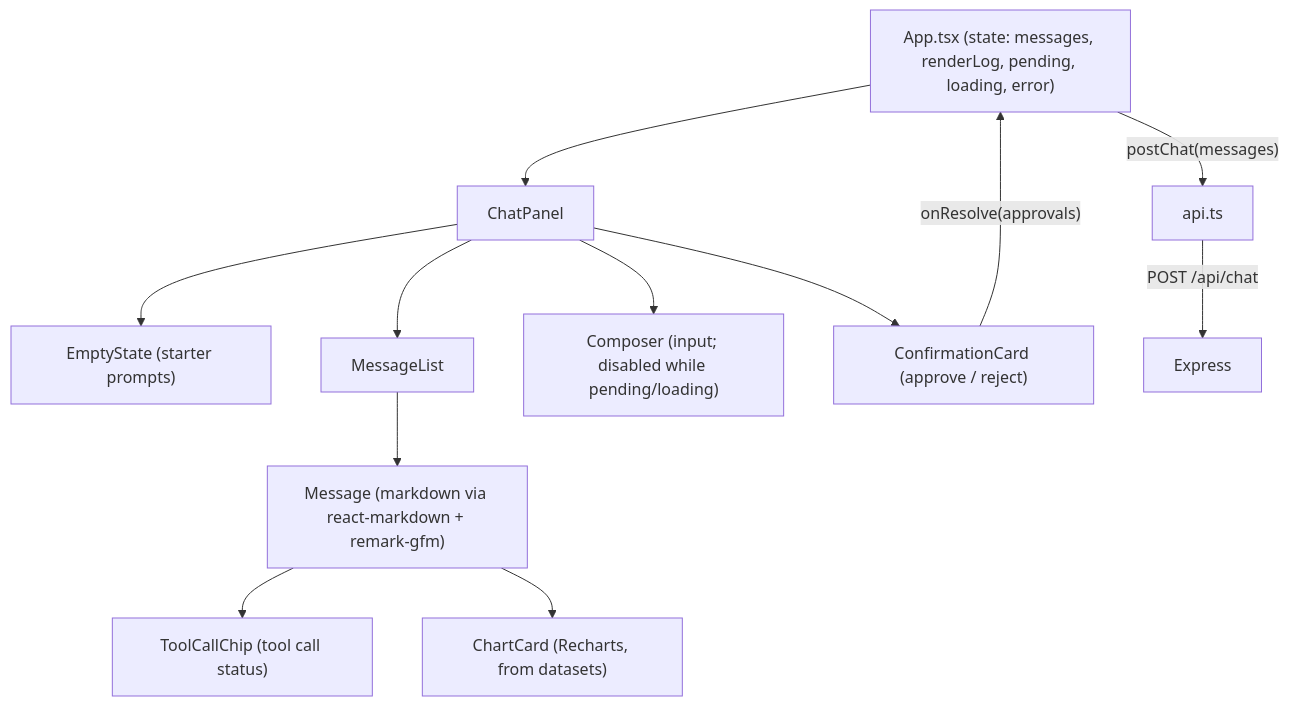
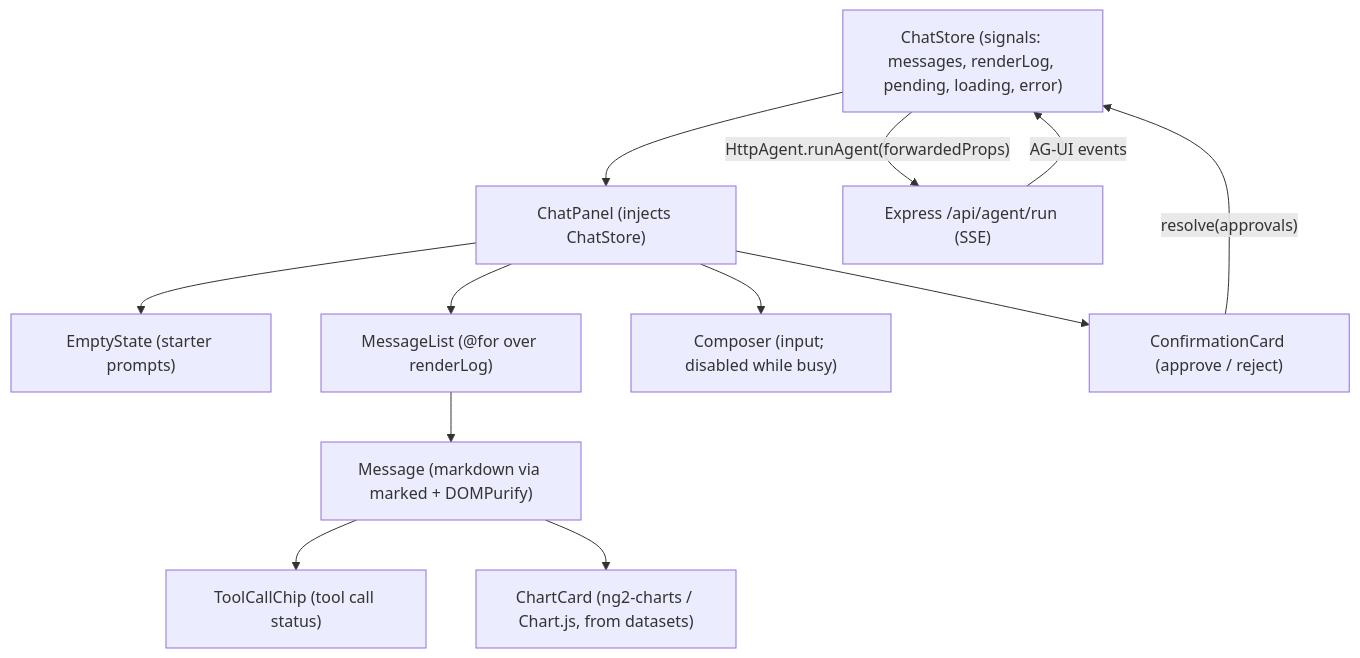
One commit to i-adnanali/dairy-agent changed the seventh of 7 diagrams in docs/PROJECT_OVERVIEW.md. Above: the diagram before and after it, drawn with Mermaid. The commit also changed other lines of this file and 3 other files, not shown here.

First line of the commit message:
docs: fix architecture drift; remove stray artifacts

````diff
--- a/docs/PROJECT_OVERVIEW.md
+++ b/docs/PROJECT_OVERVIEW.md
@@ -329,16 +338,16 @@
 ```mermaid
 flowchart TD
-    App["App.tsx (state: messages, renderLog, pending, loading, error)"]
-    App --> ChatPanel["ChatPanel"]
+    Store["ChatStore (signals: messages, renderLog, pending, loading, error)"]
+    Store --> ChatPanel["ChatPanel (injects ChatStore)"]
     ChatPanel --> EmptyState["EmptyState (starter prompts)"]
-    ChatPanel --> MessageList["MessageList"]
-    ChatPanel --> Composer["Composer (input; disabled while pending/loading)"]
+    ChatPanel --> MessageList["MessageList (@for over renderLog)"]
+    ChatPanel --> Composer["Composer (input; disabled while busy)"]
     ChatPanel --> ConfirmationCard["ConfirmationCard (approve / reject)"]
-    MessageList --> Message["Message (markdown via react-markdown + remark-gfm)"]
+    MessageList --> Message["Message (markdown via marked + DOMPurify)"]
     Message --> ToolCallChip["ToolCallChip (tool call status)"]
-    Message --> ChartCard["ChartCard (Recharts, from datasets)"]
+    Message --> ChartCard["ChartCard (ng2-charts / Chart.js, from datasets)"]
 
-    App -->|"postChat(messages)"| Api["api.ts"]
-    ConfirmationCard -->|"onResolve(approvals)"| App
-    Api -->|"POST /api/chat"| Backend["Express"]
+    Store -->|"HttpAgent.runAgent(forwardedProps)"| Backend["Express /api/agent/run (SSE)"]
+    Backend -->|"AG-UI events"| Store
+    ConfirmationCard -->|"resolve(approvals)"| Store
 ```
````
